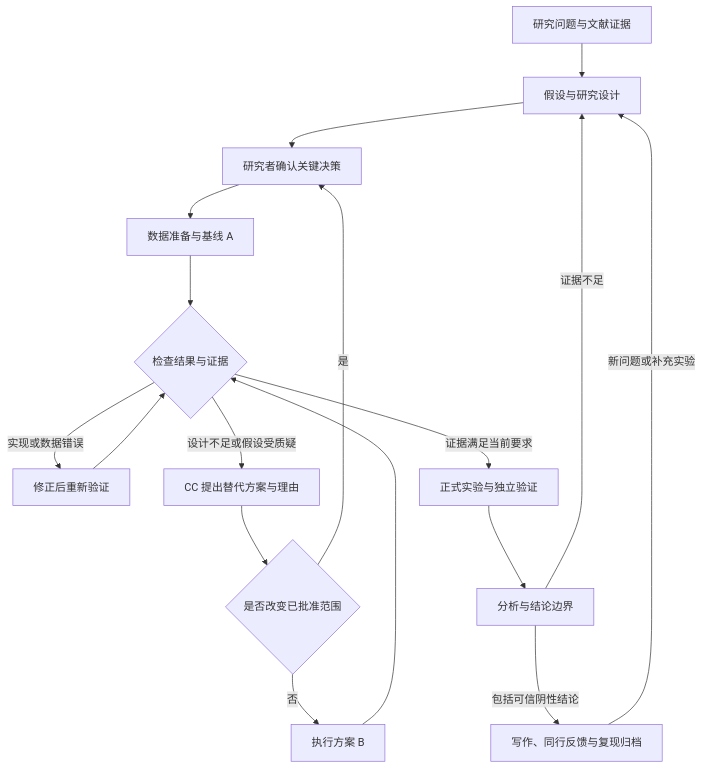
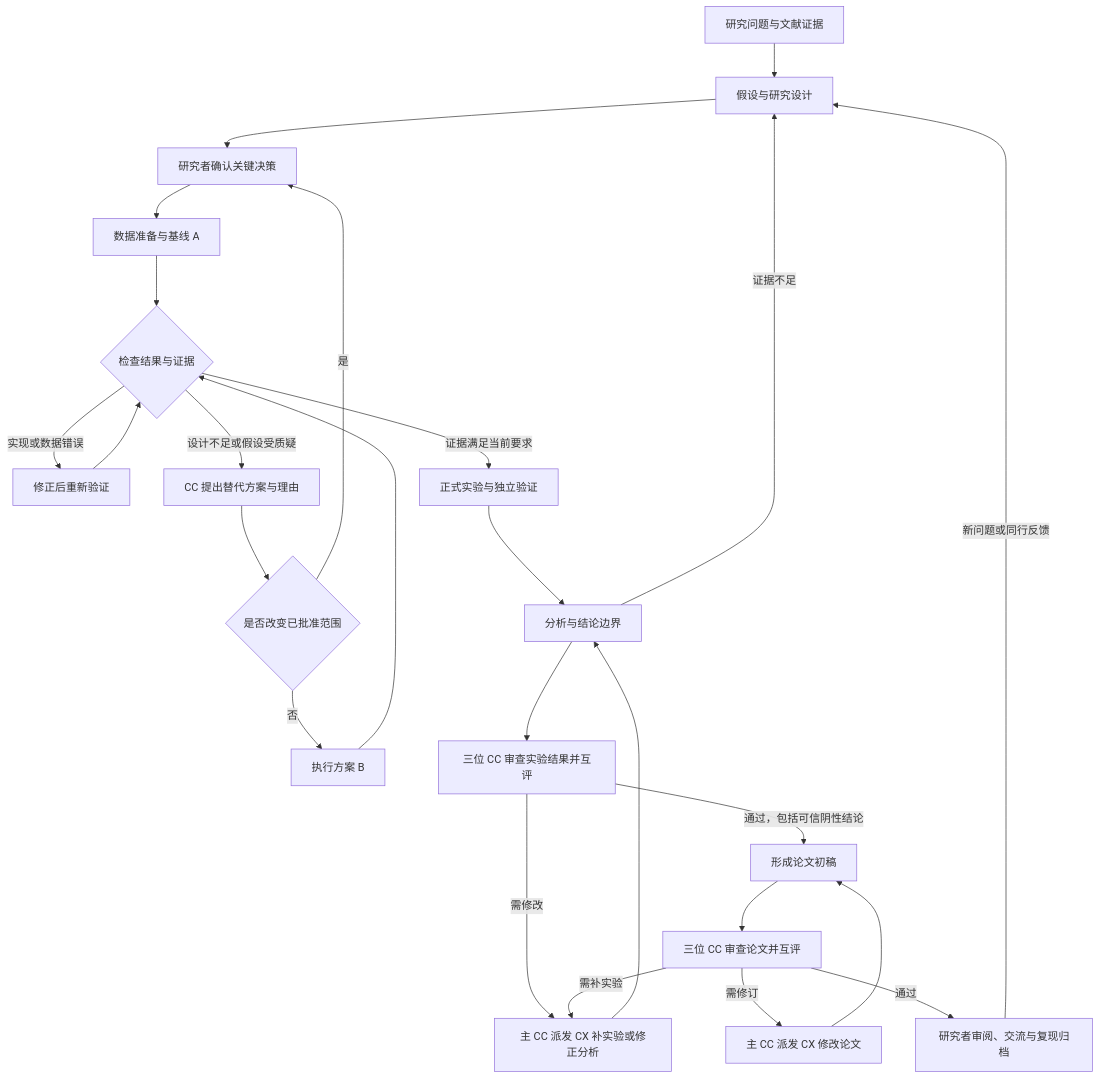
The diagram in RESEARCH-WORKFLOW.md (Hbw1201/research-niuma), drawn with Mermaid before and after one commit. The commit also changed other lines of this file and 35 other files, not shown here.

````diff
--- a/RESEARCH-WORKFLOW.md
+++ b/RESEARCH-WORKFLOW.md
@@ -42,19 +46,27 @@
 ```mermaid
 flowchart TD
   Q[研究问题与文献证据] --> H[假设与研究设计]
   H --> U[研究者确认关键决策]
   U --> A[数据准备与基线 A]
   A --> R{检查结果与证据}
   R -->|实现或数据错误| F[修正后重新验证]
   F --> R
   R -->|设计不足或假设受质疑| D[CC 提出替代方案与理由]
   D --> C{是否改变已批准范围}
   C -->|是| U
   C -->|否| B[执行方案 B]
   B --> R
   R -->|证据满足当前要求| V[正式实验与独立验证]
   V --> E[分析与结论边界]
   E -->|证据不足| H
-  E -->|包括可信阴性结论| W[写作、同行反馈与复现归档]
-  W -->|新问题或补充实验| H
+  E --> RC[三位 CC 审查实验结果并互评]
+  RC -->|需修改| RF[主 CC 派发 CX 补实验或修正分析]
+  RF --> E
+  RC -->|通过，包括可信阴性结论| W[形成论文初稿]
+  W --> PC[三位 CC 审查论文并互评]
+  PC -->|需修订| PF[主 CC 派发 CX 修改论文]
+  PF --> W
+  PC -->|需补实验| RF
+  PC -->|通过| AR[研究者审阅、交流与复现归档]
+  AR -->|新问题或同行反馈| H
 ```
````
